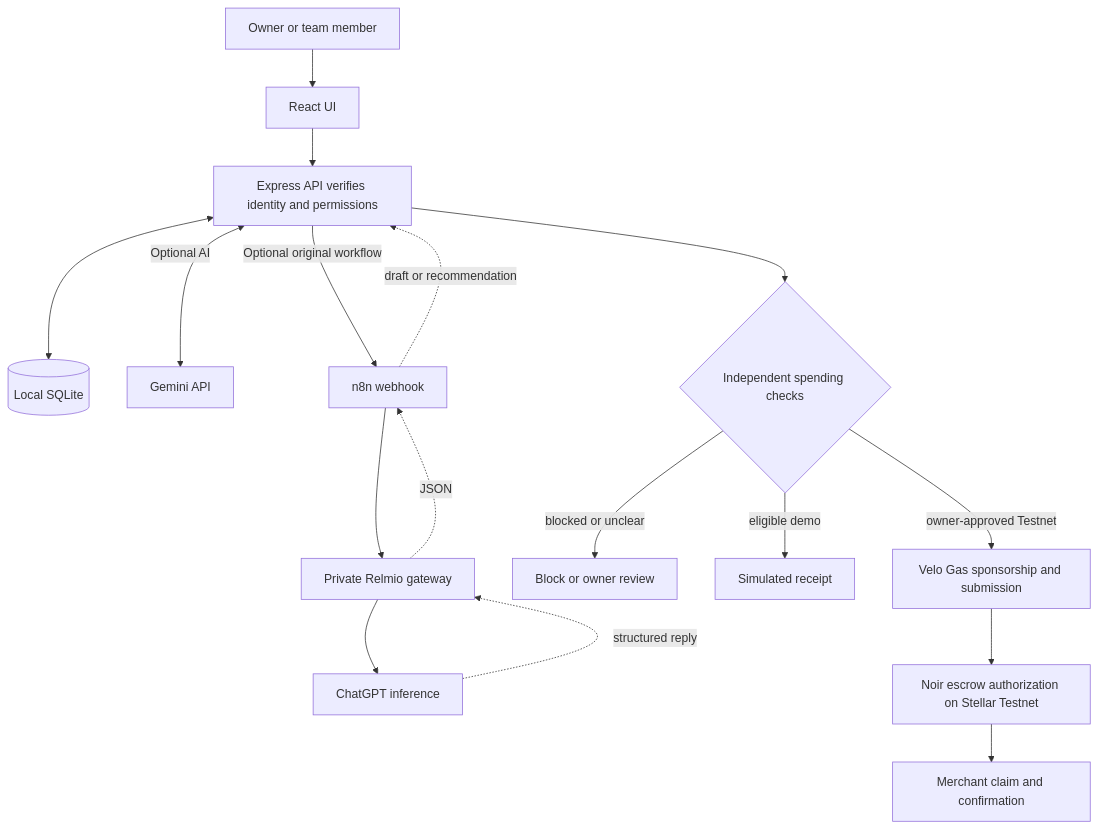
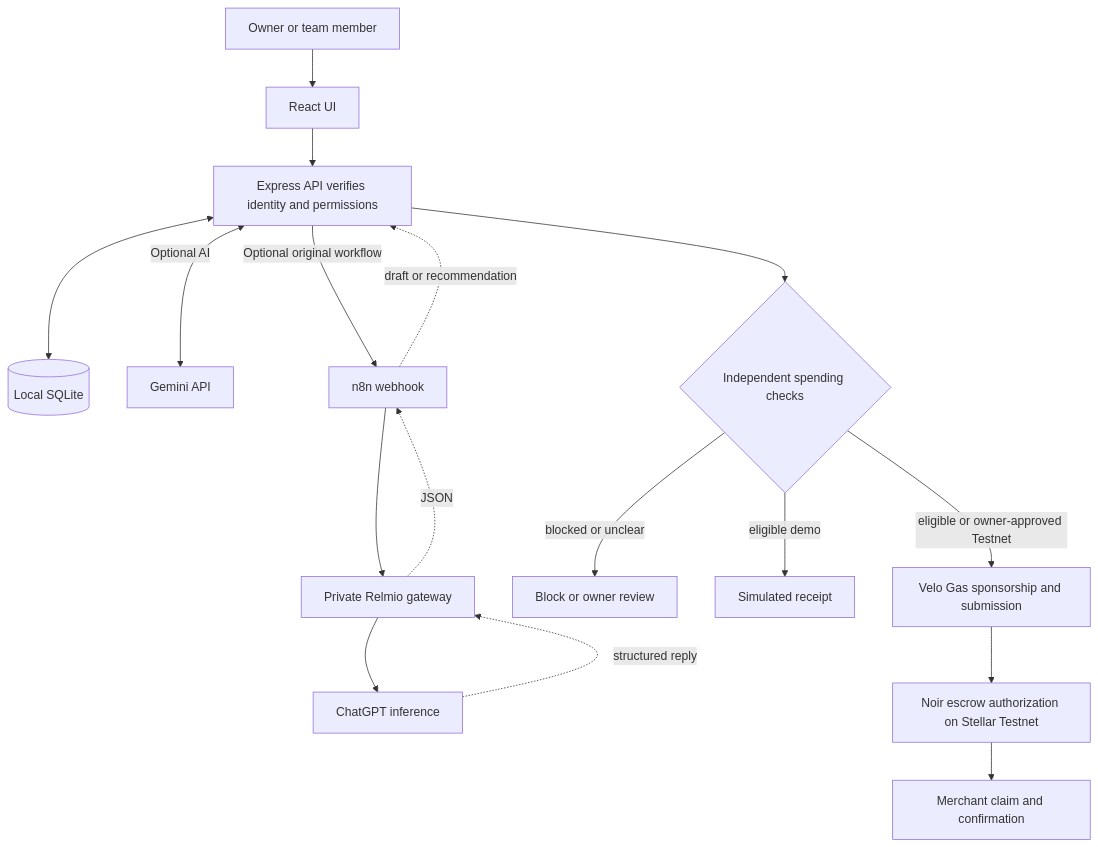
Before and after one commit to Enerbonn/Allowance: the diagram in README.md, drawn with Mermaid. The commit also changed other lines of this file and 7 other files, not shown here.

````diff
--- a/README.md
+++ b/README.md
@@ -71,19 +71,19 @@
 ```mermaid
 flowchart TD
     U[Owner or team member] --> B[React UI]
     B --> A[Express API verifies identity and permissions]
     A <--> S[(Local SQLite)]
     A <-->|Optional AI| G[Gemini API]
     A -->|Optional original workflow| N[n8n webhook]
     N --> R[Private Relmio gateway]
     R --> M[ChatGPT inference]
     M -. structured reply .-> R
     R -. JSON .-> N
     N -. draft or recommendation .-> A
     A --> P{Independent spending checks}
     P -- blocked or unclear --> O[Block or owner review]
     P -- eligible demo --> D[Simulated receipt]
-    P -- owner-approved Testnet --> V[Velo Gas sponsorship and submission]
+    P -- eligible or owner-approved Testnet --> V[Velo Gas sponsorship and submission]
     V --> E[Noir escrow authorization on Stellar Testnet]
     E --> C[Merchant claim and confirmation]
 ```
````
